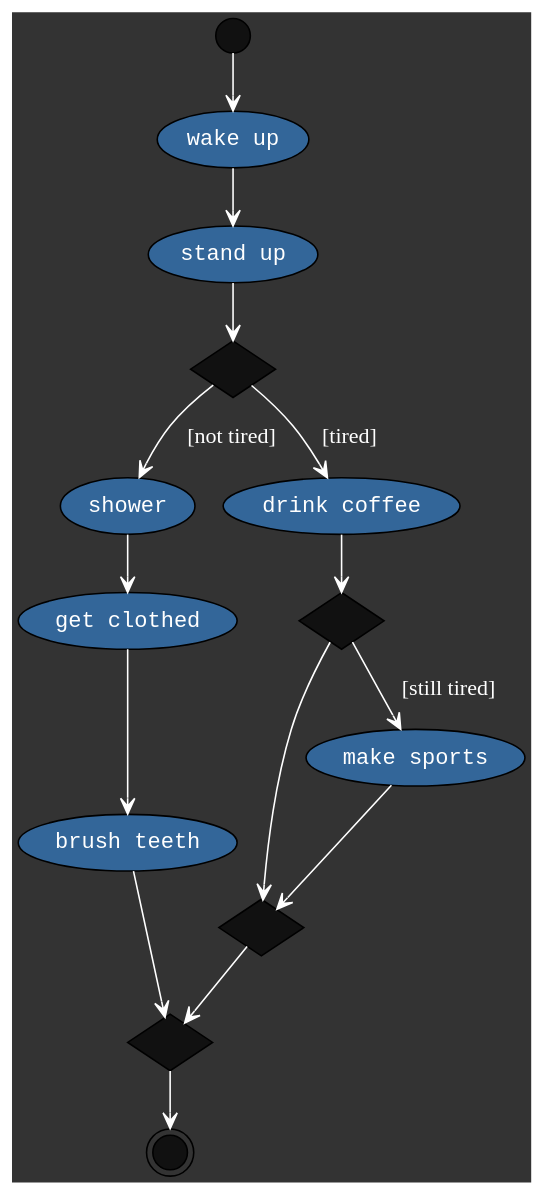
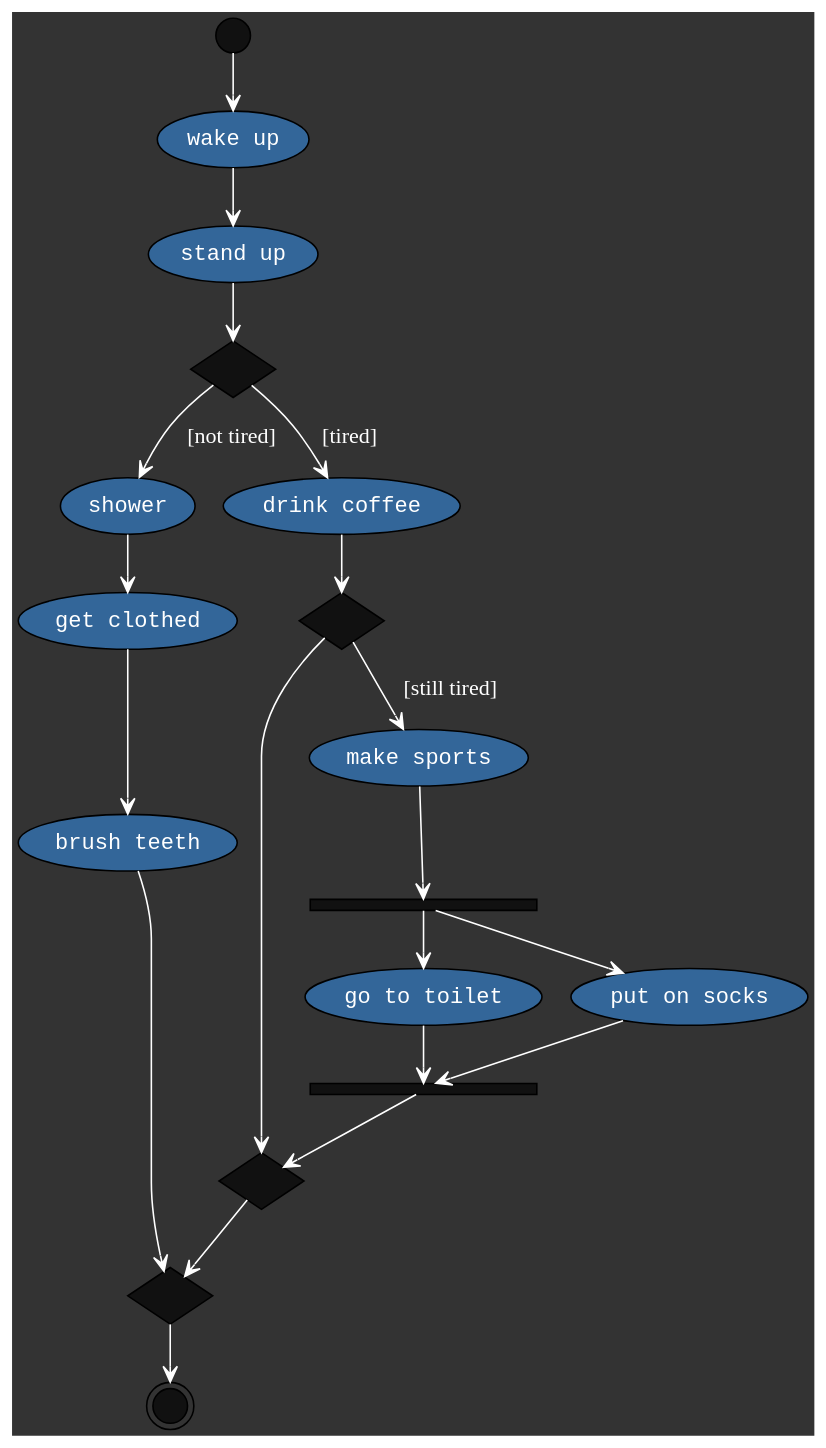
Before and after one commit to windler/AwesM: the diagram in examples/simple_test.png.dot, drawn with Graphviz. The commit also changed 6 other files, not shown here.

```diff
--- a/examples/simple_test.png.dot
+++ b/examples/simple_test.png.dot
@@ -1,32 +1,41 @@
 digraph  {
 graph [bgcolor="#333333"]
-node [fontcolor="white" fontname="Courier" shape="oval" fillcolor="#336699" style="filled"]
-edge [color="white" fontcolor="white" splines="curved" arrowhead="open"]
-"wake up"
-"wake up"->"stand up"
+node [fillcolor="#336699" style="filled" fontcolor="white" fontname="Courier" shape="oval"]
+edge [splines="curved" arrowhead="open" color="white" fontcolor="white"]
+"shower"
+"shower"->"get clothed"
+"drink coffee"
+"drink coffee"->"cond_4037200794235010051"
+"go to toilet"
+"go to toilet"->"join_605394647632969758"
+"join_605394647632969758"[shape="rectangle" label="" fillcolor="#111111" height="0.1" width="2"]
+"join_605394647632969758"->"join_3916589616287113937"
+"join_8674665223082153551"[shape="diamond" label="" fillcolor="#111111"]
+"join_8674665223082153551"->"#end"
+"stand up"
+"stand up"->"cond_5577006791947779410"
 "cond_5577006791947779410"[shape="diamond" label="" fillcolor="#111111"]
 "cond_5577006791947779410"->"shower"[label=" [not tired]"]
 "cond_5577006791947779410"->"drink coffee"[label=" [tired]"]
-"drink coffee"
-"drink coffee"->"cond_4037200794235010051"
-"join_3916589616287113937"[label="" fillcolor="#111111" shape="diamond"]
+"cond_4037200794235010051"[shape="diamond" label="" fillcolor="#111111"]
+"cond_4037200794235010051"->"make sports"[label=" [still tired]"]
+"cond_4037200794235010051"->"join_3916589616287113937"
+"cond_6334824724549167320"[shape="rectangle" label="" fillcolor="#111111" height="0.1" width="2"]
+"cond_6334824724549167320"->"put on socks"
+"cond_6334824724549167320"->"go to toilet"
+"put on socks"
+"put on socks"->"join_605394647632969758"
+"wake up"
+"wake up"->"stand up"
+"brush teeth"
+"brush teeth"->"join_8674665223082153551"
+"join_3916589616287113937"[shape="diamond" label="" fillcolor="#111111"]
 "join_3916589616287113937"->"join_8674665223082153551"
-"#end"[shape="doublecircle" label="" style="filled" fillcolor="#111111" height="0.3"]
-"make sports"
-"make sports"->"join_3916589616287113937"
-"join_8674665223082153551"[shape="diamond" label="" fillcolor="#111111"]
-"join_8674665223082153551"->"#end"
-"#start"[height="0.3" shape="circle" label="" style="filled" fillcolor="#111111"]
+"#end"[label="" style="filled" fillcolor="#111111" height="0.3" shape="doublecircle"]
+"#start"[fillcolor="#111111" height="0.3" shape="circle" label="" style="filled"]
 "#start"->"wake up"
-"stand up"
-"stand up"->"cond_5577006791947779410"
-"shower"
-"shower"->"get clothed"
 "get clothed"
 "get clothed"->"brush teeth"
-"brush teeth"
-"brush teeth"->"join_8674665223082153551"
-"cond_4037200794235010051"[label="" fillcolor="#111111" shape="diamond"]
-"cond_4037200794235010051"->"make sports"[label=" [still tired]"]
-"cond_4037200794235010051"->"join_3916589616287113937"
+"make sports"
+"make sports"->"cond_6334824724549167320"
 }
```
